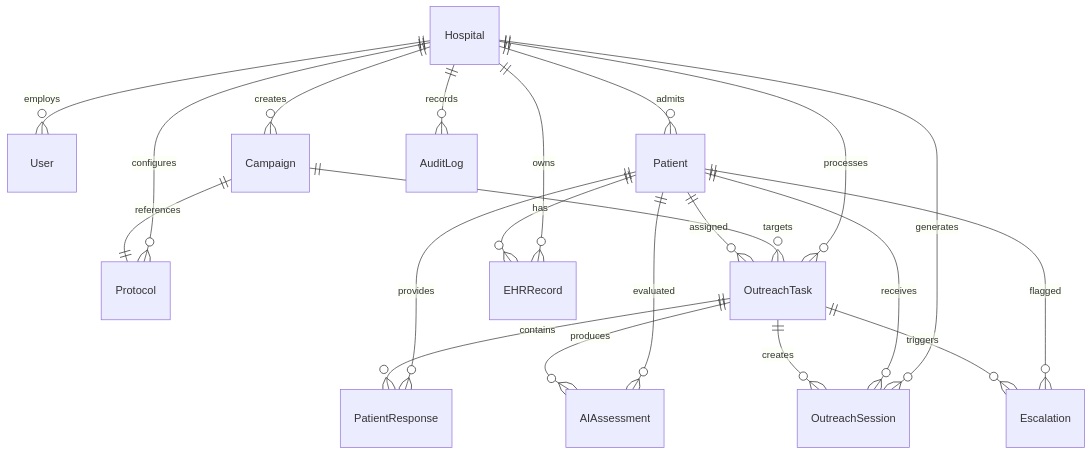
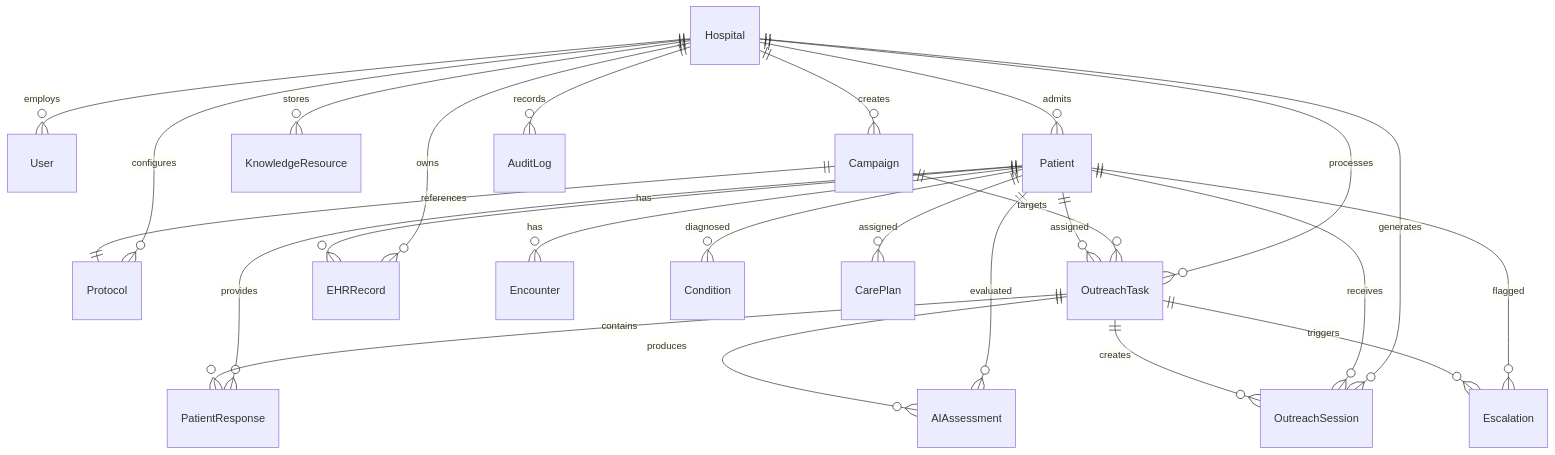
The sixth of 6 diagrams in README.md (ManojKumarTadikonda/Ai.Prof-Assignment), drawn with Mermaid before and after one commit. The commit also changed other lines of this file and 5 other files, not shown here.

````diff
--- a/README.md
+++ b/README.md
@@ -365,26 +503,30 @@
 ```mermaid
 erDiagram
     Hospital ||--o{ User : employs
     Hospital ||--o{ Patient : admits
     Hospital ||--o{ Protocol : configures
+    Hospital ||--o{ KnowledgeResource : stores
     Hospital ||--o{ Campaign : creates
     Hospital ||--o{ OutreachTask : processes
     Hospital ||--o{ OutreachSession : generates
     Hospital ||--o{ EHRRecord : owns
     Hospital ||--o{ AuditLog : records
 
     Campaign ||--|| Protocol : references
     Campaign ||--o{ OutreachTask : targets
 
+    Patient ||--o{ Encounter : has
+    Patient ||--o{ Condition : diagnosed
+    Patient ||--o{ CarePlan : assigned
     Patient ||--o{ OutreachTask : assigned
     Patient ||--o{ PatientResponse : provides
     Patient ||--o{ OutreachSession : receives
     Patient ||--o{ AIAssessment : evaluated
     Patient ||--o{ Escalation : flagged
     Patient ||--o{ EHRRecord : has
 
     OutreachTask ||--o{ PatientResponse : contains
     OutreachTask ||--o{ OutreachSession : creates
     OutreachTask ||--o{ AIAssessment : produces
     OutreachTask ||--o{ Escalation : triggers
 ```
````
